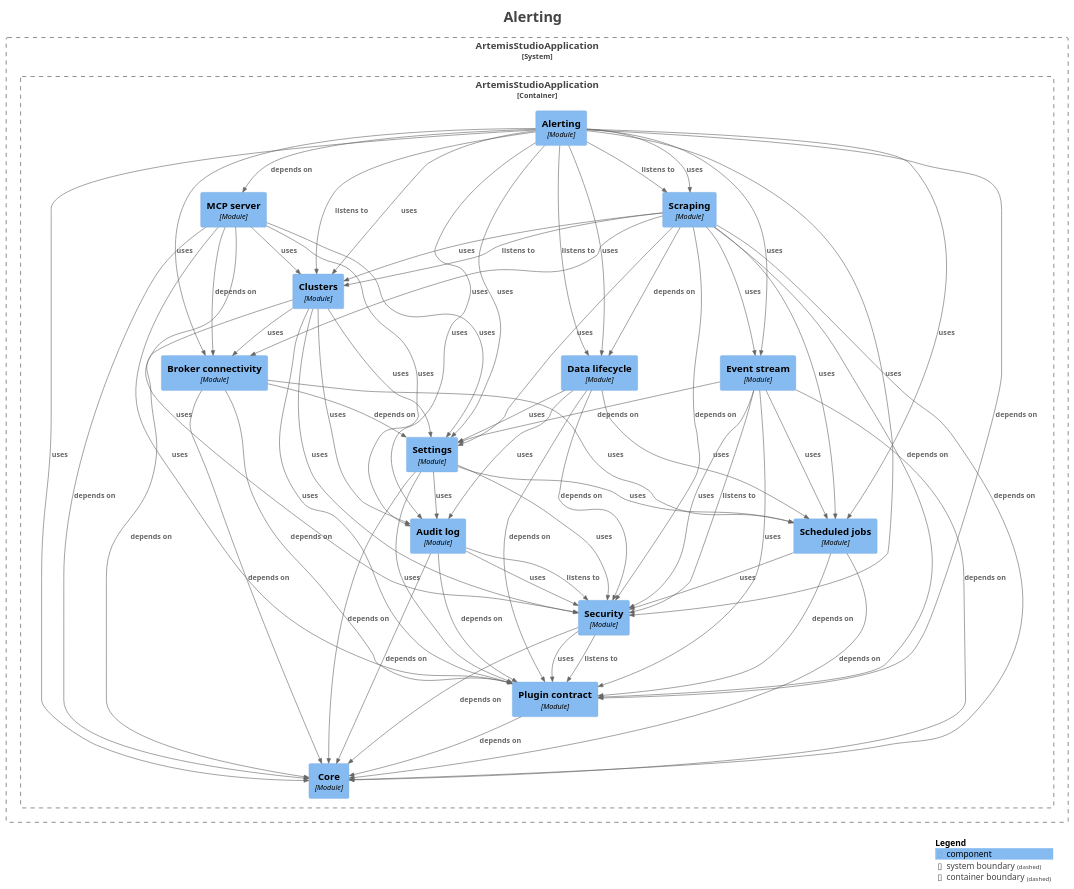
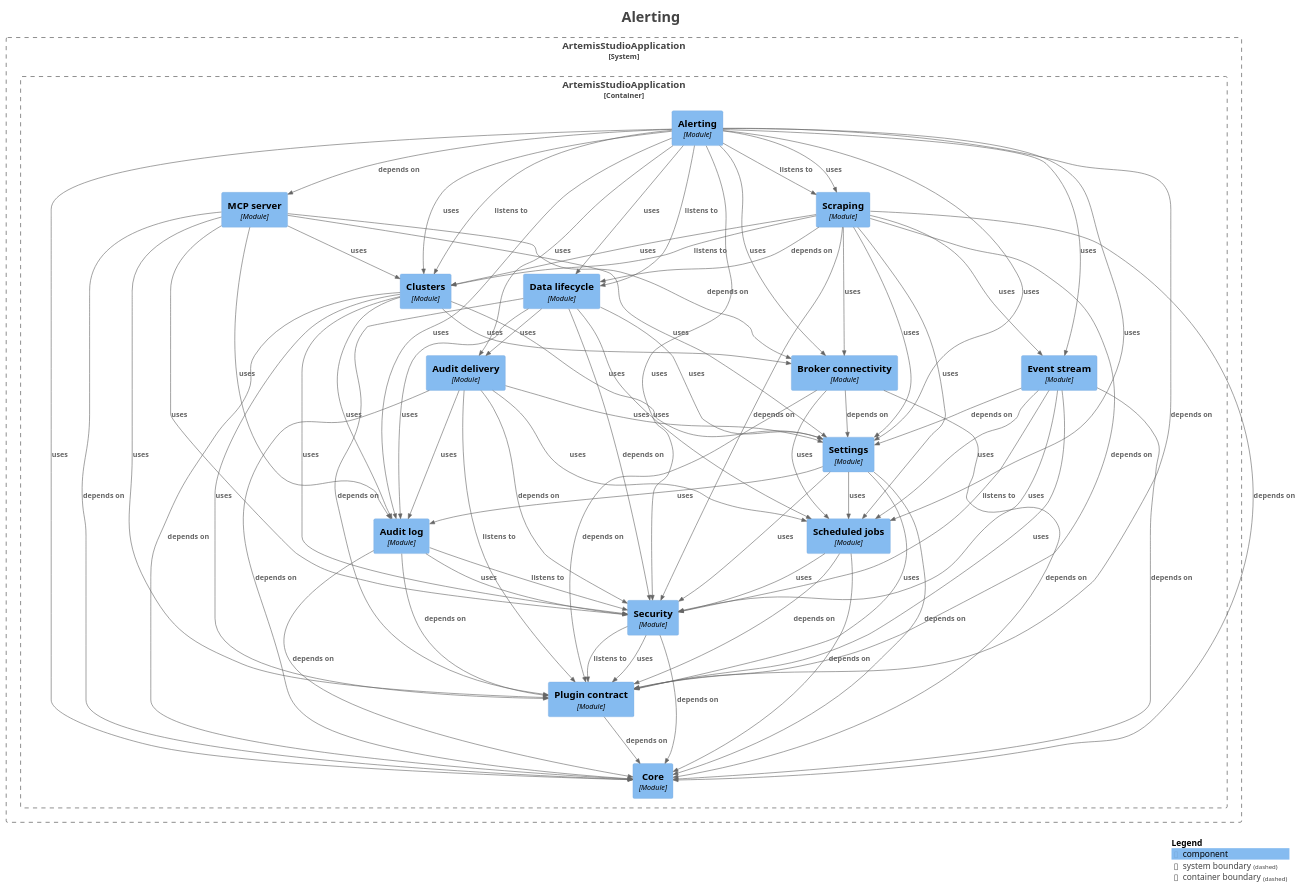
One commit to sudoitir/artemis-studio changed the diagram in docs/modules/module-feature.alerting.puml. Above: the diagram before and after it, drawn with PlantUML. The commit also changed 15 other files, not shown here.

First line of the commit message:
feat(alerting): alert when an audit receiver is behind or lost records

```diff
--- a/docs/modules/module-feature.alerting.puml
+++ b/docs/modules/module-feature.alerting.puml
@@ -18,6 +18,7 @@
 System_Boundary("ArtemisStudioApplication_boundary", "ArtemisStudioApplication", $tags="") {
   Container_Boundary("ArtemisStudioApplication.ArtemisStudioApplication_boundary", "ArtemisStudioApplication", $tags="") {
     Component(ArtemisStudioApplication.ArtemisStudioApplication.Alerting, "Alerting", $techn="Module", $descr="", $tags="", $link="")
+    Component(ArtemisStudioApplication.ArtemisStudioApplication.Auditdelivery, "Audit delivery", $techn="Module", $descr="", $tags="", $link="")
     Component(ArtemisStudioApplication.ArtemisStudioApplication.Auditlog, "Audit log", $techn="Module", $descr="", $tags="", $link="")
     Component(ArtemisStudioApplication.ArtemisStudioApplication.Brokerconnectivity, "Broker connectivity", $techn="Module", $descr="", $tags="", $link="")
     Component(ArtemisStudioApplication.ArtemisStudioApplication.Clusters, "Clusters", $techn="Module", $descr="", $tags="", $link="")
@@ -34,6 +35,7 @@
 
 }
 
+Rel(ArtemisStudioApplication.ArtemisStudioApplication.Alerting, ArtemisStudioApplication.ArtemisStudioApplication.Auditdelivery, "uses", $techn="", $tags="", $link="")
 Rel(ArtemisStudioApplication.ArtemisStudioApplication.Alerting, ArtemisStudioApplication.ArtemisStudioApplication.Auditlog, "uses", $techn="", $tags="", $link="")
 Rel(ArtemisStudioApplication.ArtemisStudioApplication.Alerting, ArtemisStudioApplication.ArtemisStudioApplication.Brokerconnectivity, "uses", $techn="", $tags="", $link="")
 Rel(ArtemisStudioApplication.ArtemisStudioApplication.Alerting, ArtemisStudioApplication.ArtemisStudioApplication.Clusters, "listens to", $techn="", $tags="", $link="")
@@ -49,6 +51,12 @@
 Rel(ArtemisStudioApplication.ArtemisStudioApplication.Alerting, ArtemisStudioApplication.ArtemisStudioApplication.Scraping, "uses", $techn="", $tags="", $link="")
 Rel(ArtemisStudioApplication.ArtemisStudioApplication.Alerting, ArtemisStudioApplication.ArtemisStudioApplication.Security, "uses", $techn="", $tags="", $link="")
 Rel(ArtemisStudioApplication.ArtemisStudioApplication.Alerting, ArtemisStudioApplication.ArtemisStudioApplication.Settings, "uses", $techn="", $tags="", $link="")
+Rel(ArtemisStudioApplication.ArtemisStudioApplication.Auditdelivery, ArtemisStudioApplication.ArtemisStudioApplication.Auditlog, "uses", $techn="", $tags="", $link="")
+Rel(ArtemisStudioApplication.ArtemisStudioApplication.Auditdelivery, ArtemisStudioApplication.ArtemisStudioApplication.Core, "depends on", $techn="", $tags="", $link="")
+Rel(ArtemisStudioApplication.ArtemisStudioApplication.Auditdelivery, ArtemisStudioApplication.ArtemisStudioApplication.Plugincontract, "listens to", $techn="", $tags="", $link="")
+Rel(ArtemisStudioApplication.ArtemisStudioApplication.Auditdelivery, ArtemisStudioApplication.ArtemisStudioApplication.Scheduledjobs, "uses", $techn="", $tags="", $link="")
+Rel(ArtemisStudioApplication.ArtemisStudioApplication.Auditdelivery, ArtemisStudioApplication.ArtemisStudioApplication.Security, "depends on", $techn="", $tags="", $link="")
+Rel(ArtemisStudioApplication.ArtemisStudioApplication.Auditdelivery, ArtemisStudioApplication.ArtemisStudioApplication.Settings, "uses", $techn="", $tags="", $link="")
 Rel(ArtemisStudioApplication.ArtemisStudioApplication.Auditlog, ArtemisStudioApplication.ArtemisStudioApplication.Core, "depends on", $techn="", $tags="", $link="")
 Rel(ArtemisStudioApplication.ArtemisStudioApplication.Auditlog, ArtemisStudioApplication.ArtemisStudioApplication.Plugincontract, "depends on", $techn="", $tags="", $link="")
 Rel(ArtemisStudioApplication.ArtemisStudioApplication.Auditlog, ArtemisStudioApplication.ArtemisStudioApplication.Security, "listens to", $techn="", $tags="", $link="")
@@ -63,6 +71,7 @@
 Rel(ArtemisStudioApplication.ArtemisStudioApplication.Clusters, ArtemisStudioApplication.ArtemisStudioApplication.Plugincontract, "uses", $techn="", $tags="", $link="")
 Rel(ArtemisStudioApplication.ArtemisStudioApplication.Clusters, ArtemisStudioApplication.ArtemisStudioApplication.Security, "uses", $techn="", $tags="", $link="")
 Rel(ArtemisStudioApplication.ArtemisStudioApplication.Clusters, ArtemisStudioApplication.ArtemisStudioApplication.Settings, "uses", $techn="", $tags="", $link="")
+Rel(ArtemisStudioApplication.ArtemisStudioApplication.Datalifecycle, ArtemisStudioApplication.ArtemisStudioApplication.Auditdelivery, "uses", $techn="", $tags="", $link="")
 Rel(ArtemisStudioApplication.ArtemisStudioApplication.Datalifecycle, ArtemisStudioApplication.ArtemisStudioApplication.Auditlog, "uses", $techn="", $tags="", $link="")
 Rel(ArtemisStudioApplication.ArtemisStudioApplication.Datalifecycle, ArtemisStudioApplication.ArtemisStudioApplication.Plugincontract, "depends on", $techn="", $tags="", $link="")
 Rel(ArtemisStudioApplication.ArtemisStudioApplication.Datalifecycle, ArtemisStudioApplication.ArtemisStudioApplication.Scheduledjobs, "uses", $techn="", $tags="", $link="")
```
